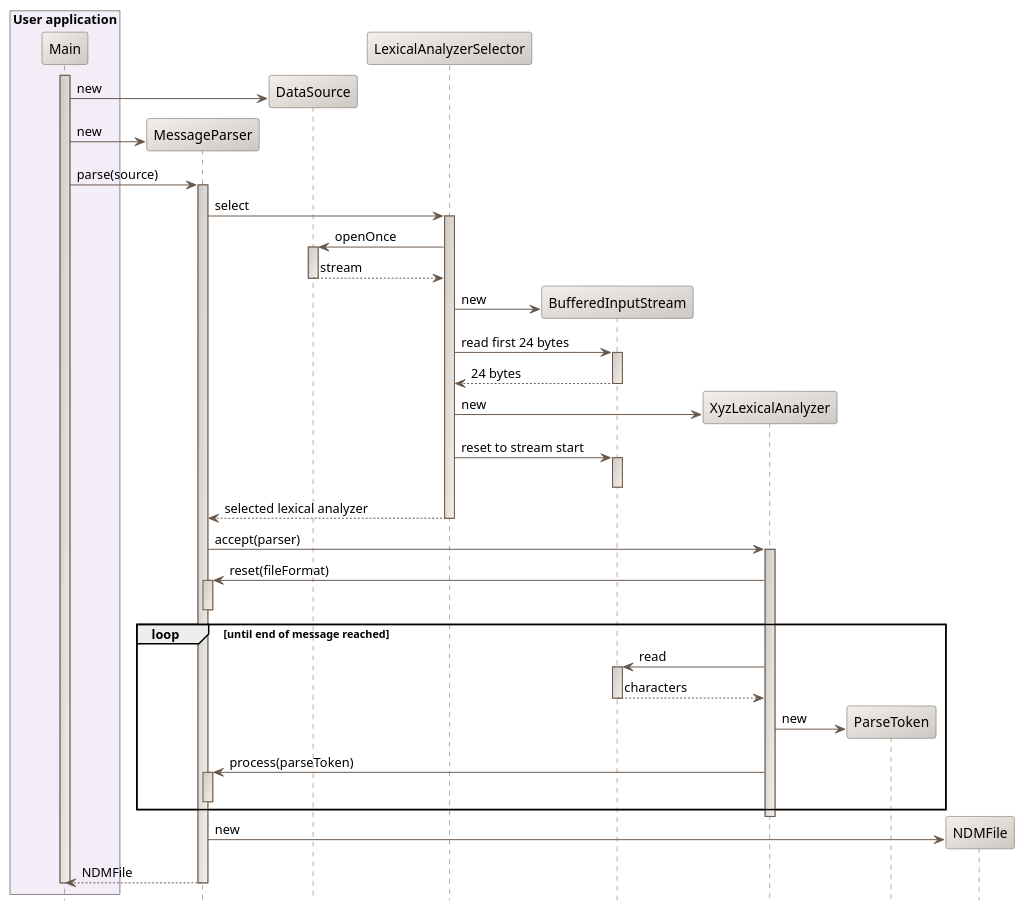
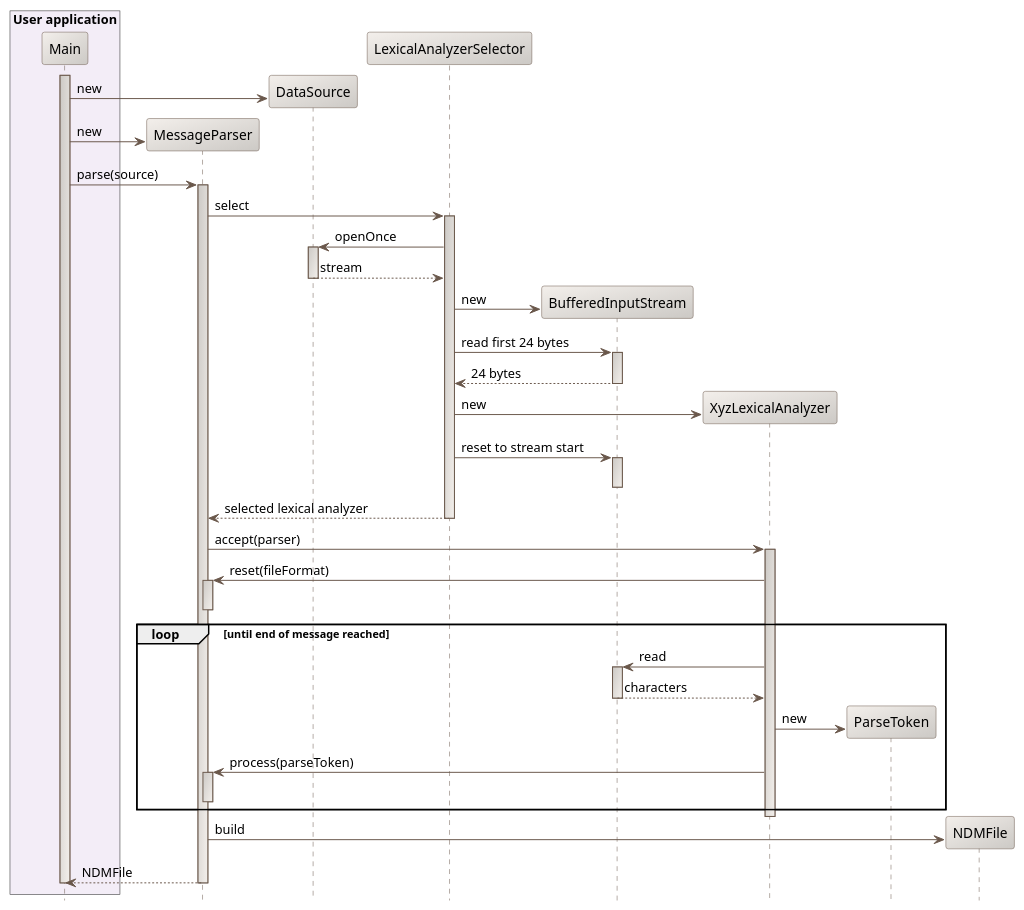
One commit to CS-SI/Orekit changed the diagram in src/design/ccsds-lexical-analysis-sequence-diagram.puml. Above: the diagram before and after it, drawn with PlantUML. The commit also changed 66 other files, not shown here.

```diff
--- a/src/design/ccsds-lexical-analysis-sequence-diagram.puml
+++ b/src/design/ccsds-lexical-analysis-sequence-diagram.puml
@@ -17,78 +17,78 @@
 @startuml
 
   skinparam svek                                true
   skinparam NoteBackgroundColor                 #F3EFEB
   skinparam NoteBorderColor                     #691616
   skinparam NoteFontColor                       #691616
   skinparam SequenceActorBorderColor            #6A584B
   skinparam SequenceParticipantBackgroundColor  #F3EFEB/CCC9C5
   skinparam SequenceParticipantBorderColor      #6A584B
   skinparam SequenceLifeLineBackgroundColor     #CCC9C5/F3EFEB
   skinparam SequenceLifeLineBorderColor         #6A584B
   skinparam SequenceArrowColor                  #6A584B
   skinparam SequenceBorderColor                 #6A584B
   skinparam SequenceFontSize                    11
 
   hide footbox
 
   box "User application" #F3EDF7
     participant Main
   end box
   participant MessageParser
   participant DataSource
   participant LexicalAnalyzerSelector
   participant BufferedInputStream
   participant XyzLexicalAnalyzer
   participant ParseToken
   participant NDMFile
 
   activate Main
     create DataSource
     Main -> DataSource : new
     create MessageParser
     Main -> MessageParser : new
     Main -> MessageParser : parse(source)
     activate MessageParser
       MessageParser -> LexicalAnalyzerSelector : select
       activate LexicalAnalyzerSelector
         LexicalAnalyzerSelector -> DataSource : openOnce
         activate DataSource
           return stream
         deactivate DataSource
         create BufferedInputStream
         LexicalAnalyzerSelector -> BufferedInputStream : new
         LexicalAnalyzerSelector -> BufferedInputStream : read first 24 bytes
         activate BufferedInputStream
           BufferedInputStream --> LexicalAnalyzerSelector : 24 bytes
         deactivate BufferedInputStream
         create XyzLexicalAnalyzer
         LexicalAnalyzerSelector -> XyzLexicalAnalyzer : new
         LexicalAnalyzerSelector -> BufferedInputStream : reset to stream start
         activate BufferedInputStream
         deactivate BufferedInputStream
         LexicalAnalyzerSelector --> MessageParser : selected lexical analyzer
       deactivate LexicalAnalyzerSelector
       MessageParser -> XyzLexicalAnalyzer : accept(parser)
       activate XyzLexicalAnalyzer
         XyzLexicalAnalyzer -> MessageParser : reset(fileFormat)
         activate MessageParser
         deactivate MessageParser
         loop until end of message reached
           XyzLexicalAnalyzer -> BufferedInputStream : read
           activate BufferedInputStream
             BufferedInputStream --> XyzLexicalAnalyzer : characters
           deactivate BufferedInputStream
           create ParseToken
           XyzLexicalAnalyzer -> ParseToken : new
         XyzLexicalAnalyzer -> MessageParser : process(parseToken)
         activate MessageParser
         deactivate MessageParser
         end
       deactivate XyzLexicalAnalyzer
       create NDMFile
-      MessageParser -> NDMFile : new
+      MessageParser -> NDMFile : build
       MessageParser --> Main : NDMFile
     deactivate MessageParser
   deactivate Main
 
 @enduml
```
